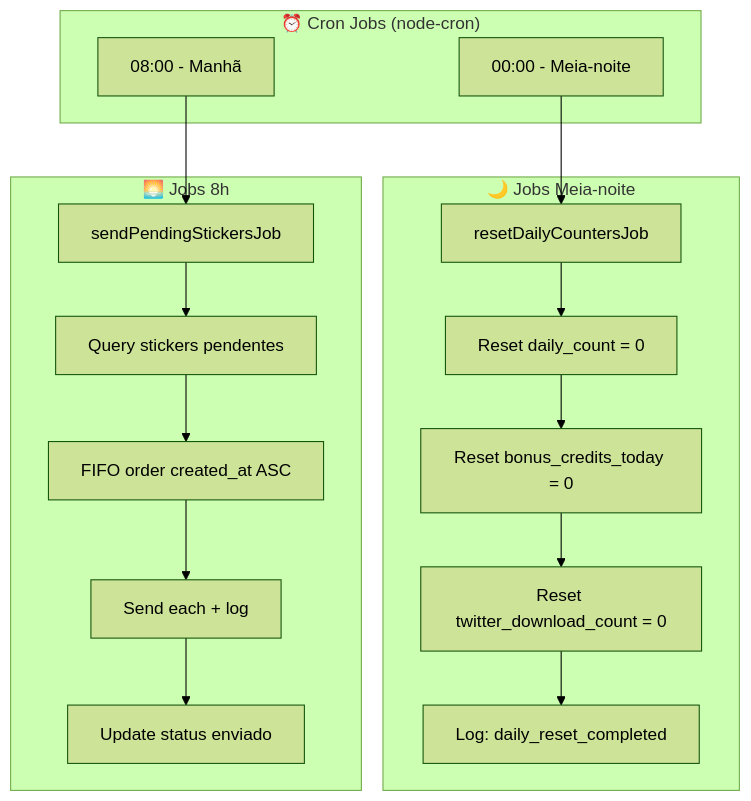
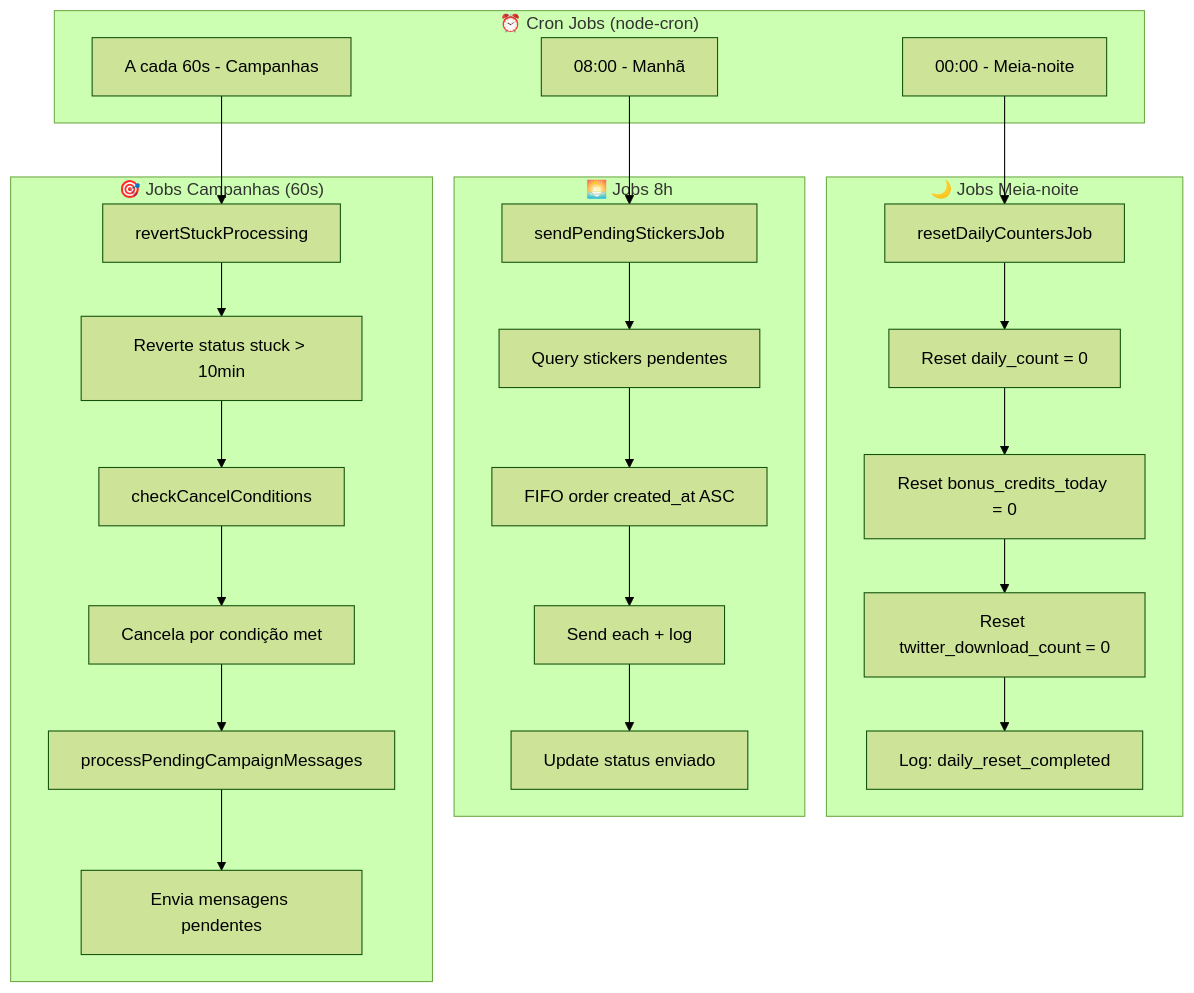
Before and after one commit to reisspaulo/sticker: diagram 19 of 25 in docs/architecture/FLOWCHARTS.md, drawn with Mermaid (forest theme). The commit also changed other lines of this file and 8 other files, not shown here.

First line of the commit message:
feat(campaigns): add unified campaigns system replacing sequences

````diff
--- a/docs/architecture/FLOWCHARTS.md
+++ b/docs/architecture/FLOWCHARTS.md
@@ -1201,35 +1204,52 @@
 ```mermaid
 flowchart TB
     subgraph CRON["⏰ Cron Jobs (node-cron)"]
         MIDNIGHT[00:00 - Meia-noite]
         MORNING[08:00 - Manhã]
+        CAMPAIGN[A cada 60s - Campanhas]
     end
 
     subgraph MIDNIGHT_JOBS["🌙 Jobs Meia-noite"]
         M1[resetDailyCountersJob]
         M2[Reset daily_count = 0]
         M3[Reset bonus_credits_today = 0]
         M4[Reset twitter_download_count = 0]
         M5[Log: daily_reset_completed]
     end
 
     subgraph MORNING_JOBS["🌅 Jobs 8h"]
         MR1[sendPendingStickersJob]
         MR2[Query stickers pendentes]
         MR3[FIFO order created_at ASC]
         MR4[Send each + log]
         MR5[Update status enviado]
     end
 
+    subgraph CAMPAIGN_JOBS["🎯 Jobs Campanhas (60s)"]
+        C1[revertStuckProcessing]
+        C2[Reverte status stuck > 10min]
+        C3[checkCancelConditions]
+        C4[Cancela por condição met]
+        C5[processPendingCampaignMessages]
+        C6[Envia mensagens pendentes]
+    end
+
     MIDNIGHT --> M1
     M1 --> M2
     M2 --> M3
     M3 --> M4
     M4 --> M5
 
     MORNING --> MR1
     MR1 --> MR2
     MR2 --> MR3
     MR3 --> MR4
     MR4 --> MR5
+
+    CAMPAIGN --> C1
+    C1 --> C2
+    C2 --> C3
+    C3 --> C4
+    C4 --> C5
+    C5 --> C6
 ```
````
